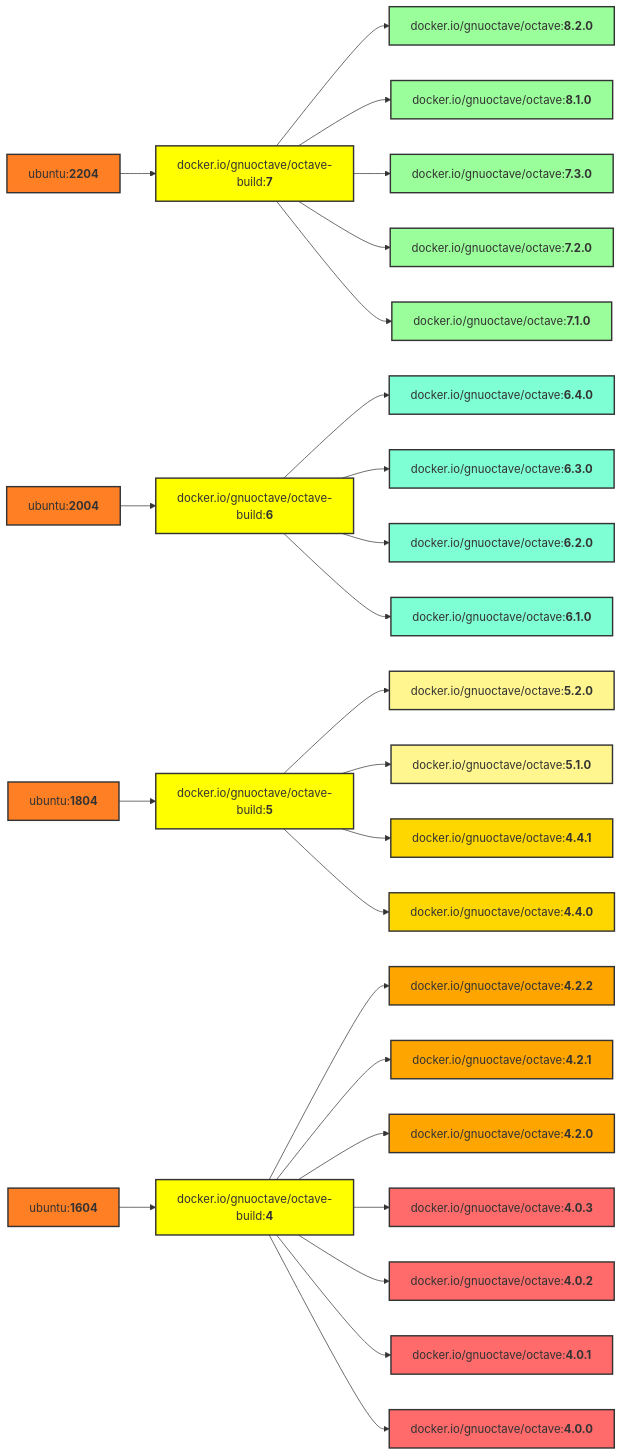
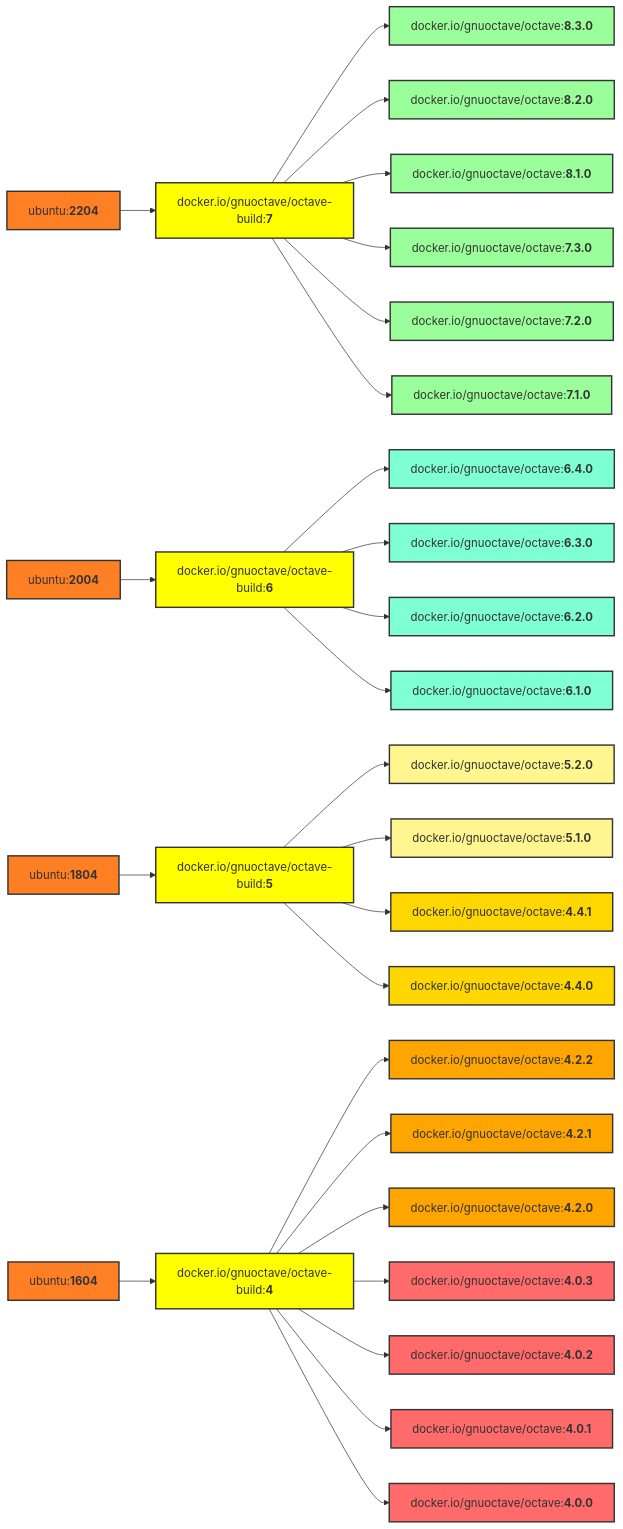
One commit to gnu-octave/docker changed the diagram in README.md. Above: the diagram before and after it, drawn with Mermaid. The commit also changed other lines of this file and 1 other file, not shown here.

Commit message:
GNU Octave 8.3.0 release (2023-08-08)

````diff
--- a/README.md
+++ b/README.md
@@ -85,63 +85,65 @@
 ```mermaid
 graph LR
     U4[ubuntu:<b>2204</b>] --> b7[docker.io/gnuoctave/octave-build:<b>7</b>];
     U3[ubuntu:<b>2004</b>] --> b6[docker.io/gnuoctave/octave-build:<b>6</b>];
     U2[ubuntu:<b>1804</b>] --> b5[docker.io/gnuoctave/octave-build:<b>5</b>];
     U1[ubuntu:<b>1604</b>] --> b4[docker.io/gnuoctave/octave-build:<b>4</b>];
+    b7 --> v830[docker.io/gnuoctave/octave:<b>8.3.0</b>];
     b7 --> v820[docker.io/gnuoctave/octave:<b>8.2.0</b>];
     b7 --> v810[docker.io/gnuoctave/octave:<b>8.1.0</b>];
     b7 --> v730[docker.io/gnuoctave/octave:<b>7.3.0</b>];
     b7 --> v720[docker.io/gnuoctave/octave:<b>7.2.0</b>];
     b7 --> v710[docker.io/gnuoctave/octave:<b>7.1.0</b>];
     b6 --> v640[docker.io/gnuoctave/octave:<b>6.4.0</b>];
     b6 --> v630[docker.io/gnuoctave/octave:<b>6.3.0</b>];
     b6 --> v620[docker.io/gnuoctave/octave:<b>6.2.0</b>];
     b6 --> v610[docker.io/gnuoctave/octave:<b>6.1.0</b>];
     b5 --> v520[docker.io/gnuoctave/octave:<b>5.2.0</b>];
     b5 --> v510[docker.io/gnuoctave/octave:<b>5.1.0</b>];
     b5 --> v441[docker.io/gnuoctave/octave:<b>4.4.1</b>];
     b5 --> v440[docker.io/gnuoctave/octave:<b>4.4.0</b>];
     b4 --> v422[docker.io/gnuoctave/octave:<b>4.2.2</b>];
     b4 --> v421[docker.io/gnuoctave/octave:<b>4.2.1</b>];
     b4 --> v420[docker.io/gnuoctave/octave:<b>4.2.0</b>];
     b4 --> v403[docker.io/gnuoctave/octave:<b>4.0.3</b>];
     b4 --> v402[docker.io/gnuoctave/octave:<b>4.0.2</b>];
     b4 --> v401[docker.io/gnuoctave/octave:<b>4.0.1</b>];
     b4 --> v400[docker.io/gnuoctave/octave:<b>4.0.0</b>];
     classDef U fill:#ff7f24,stroke:#333,stroke-width:2px;
     class U1 U;
     class U2 U;
     class U3 U;
     class U4 U;
     classDef b fill:#ff0,stroke:#333,stroke-width:2px;
     class b4 b;
     class b5 b;
     class b6 b;
     class b7 b;
     classDef age1 fill:#9aff9a,stroke:#333,stroke-width:2px;
     classDef age2 fill:#7fffd4,stroke:#333,stroke-width:2px;
     classDef age3 fill:#fff68f,stroke:#333,stroke-width:2px;
     classDef age4 fill:#ffd700,stroke:#333,stroke-width:2px;
     classDef age5 fill:#ffa500,stroke:#333,stroke-width:2px;
     classDef age6 fill:#ff6a6a,stroke:#333,stroke-width:2px;
+    class v830 age1;
     class v820 age1;
     class v810 age1;
     class v730 age1;
     class v720 age1;
     class v710 age1;
     class v640 age2;
     class v630 age2;
     class v620 age2;
     class v610 age2;
     class v520 age3;
     class v510 age3;
     class v441 age4;
     class v440 age4;
     class v422 age5;
     class v421 age5;
     class v420 age5;
     class v403 age6;
     class v402 age6;
     class v401 age6;
     class v400 age6;
 ```
````
